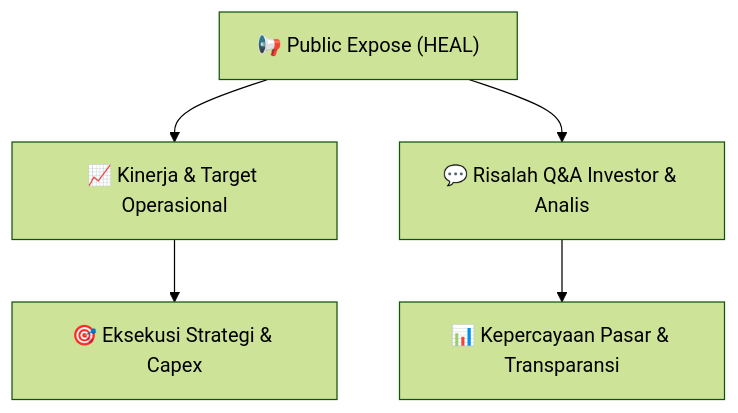
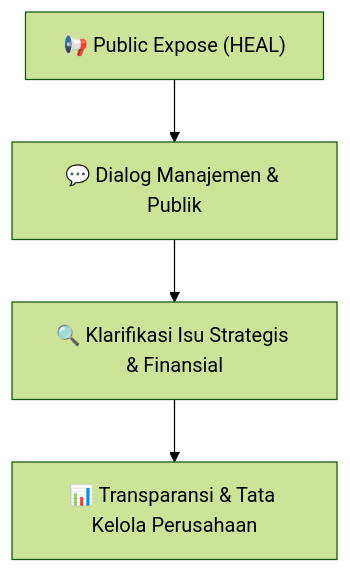
One commit to anYoneo/alphadigest-idx changed the diagram in Finplan_analyst/knowledge-base/public-exposes/hasil-pubex/HEAL_Public_Expose_20260911.md. Above: the diagram before and after it, drawn with Mermaid (forest theme). The commit also changed other lines of this file and 526 other files, not shown here.

````diff
--- a/Finplan_analyst/knowledge-base/public-exposes/hasil-pubex/HEAL_Public_Expose_20260911.md
+++ b/Finplan_analyst/knowledge-base/public-exposes/hasil-pubex/HEAL_Public_Expose_20260911.md
@@ -47,7 +653,6 @@
 ```mermaid
 flowchart TD
-    A["📢 Public Expose (HEAL)"] --> B["📈 Kinerja & Target Operasional"]
-    A --> C["💬 Risalah Q&A Investor & Analis"]
-    B --> D["🎯 Eksekusi Strategi & Capex"]
-    C --> E["📊 Kepercayaan Pasar & Transparansi"]
+    A["📢 Public Expose (HEAL)"] --> B["💬 Dialog Manajemen & Publik"]
+    B --> C["🔍 Klarifikasi Isu Strategis & Finansial"]
+    C --> D["📊 Transparansi & Tata Kelola Perusahaan"]
 ```
````
